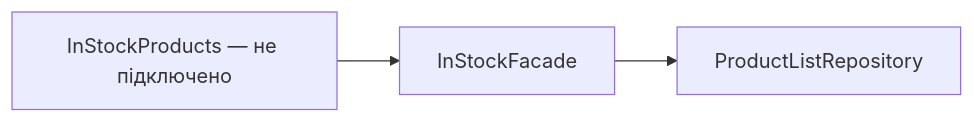
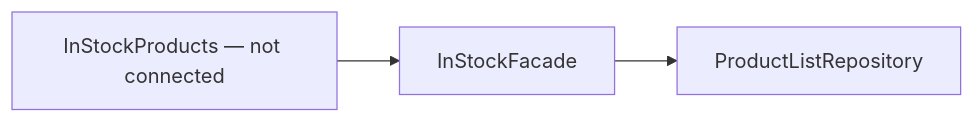
Before and after one commit to Weretik/kedr-web: the diagram in docs/features/storefront/widgets.md, drawn with Mermaid. The commit also changed other lines of this file and 95 other files, not shown here.

Commit message:
docs(frontend): reconcile architecture and feature guidance

````diff
--- a/docs/features/storefront/widgets.md
+++ b/docs/features/storefront/widgets.md
@@ -9,5 +9,5 @@
 ```mermaid
 flowchart LR
-Widget["InStockProducts — не підключено"] --> Facade["InStockFacade"]
+Widget["InStockProducts — not connected"] --> Facade["InStockFacade"]
 Facade --> Repository["ProductListRepository"]
 ```
````
